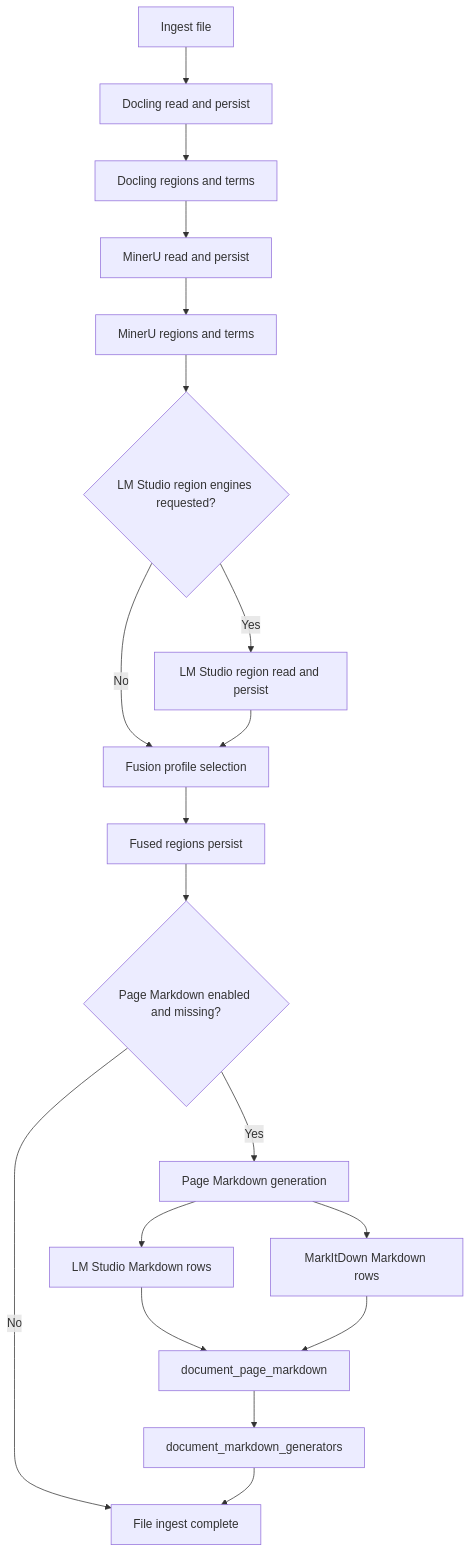
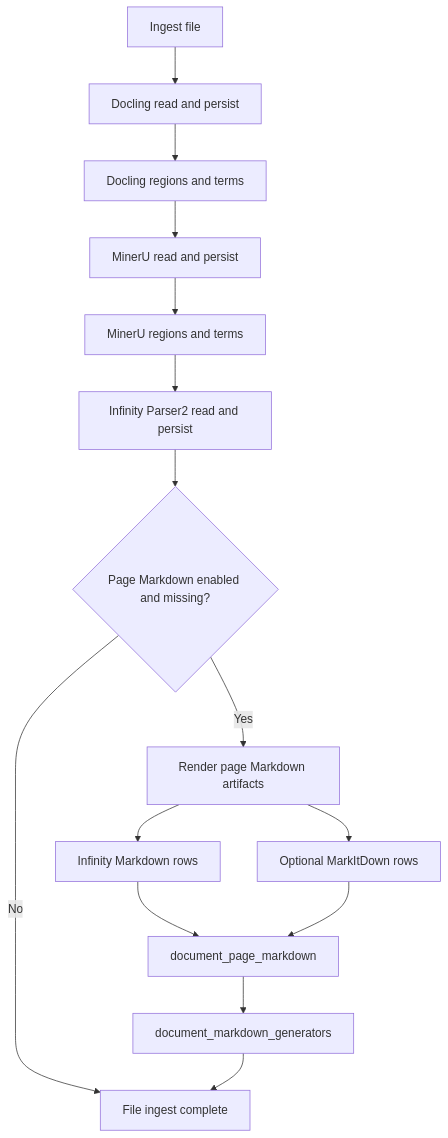
Before and after one commit to agus-works/trapo: the first of 3 diagrams in docs/page-markdown-pipeline.md, drawn with Mermaid. The commit also changed other lines of this file and 151 other files, not shown here.

````diff
--- a/docs/page-markdown-pipeline.md
+++ b/docs/page-markdown-pipeline.md
@@ -43,21 +32,17 @@
 ```mermaid
 flowchart TD
     A[Ingest file] --> B[Docling read and persist]
     B --> C[Docling regions and terms]
     C --> D[MinerU read and persist]
     D --> E[MinerU regions and terms]
-    E --> F{LM Studio region engines requested?}
-    F -->|Yes| G[LM Studio region read and persist]
-    F -->|No| H[Fusion profile selection]
-    G --> H[Fusion profile selection]
-    H --> I[Fused regions persist]
-    I --> J{Page Markdown enabled and missing?}
-    J -->|No| K[File ingest complete]
-    J -->|Yes| L[Page Markdown generation]
-    L --> M[LM Studio Markdown rows]
-    L --> N[MarkItDown Markdown rows]
-    M --> O[document_page_markdown]
-    N --> O
-    O --> P[document_markdown_generators]
-    P --> K
+    E --> F[Infinity Parser2 read and persist]
+    F --> G{Page Markdown enabled and missing?}
+    G -->|No| H[File ingest complete]
+    G -->|Yes| I[Render page Markdown artifacts]
+    I --> J[Infinity Markdown rows]
+    I --> K[Optional MarkItDown rows]
+    J --> L[document_page_markdown]
+    K --> L
+    L --> M[document_markdown_generators]
+    M --> H
 ```
````
